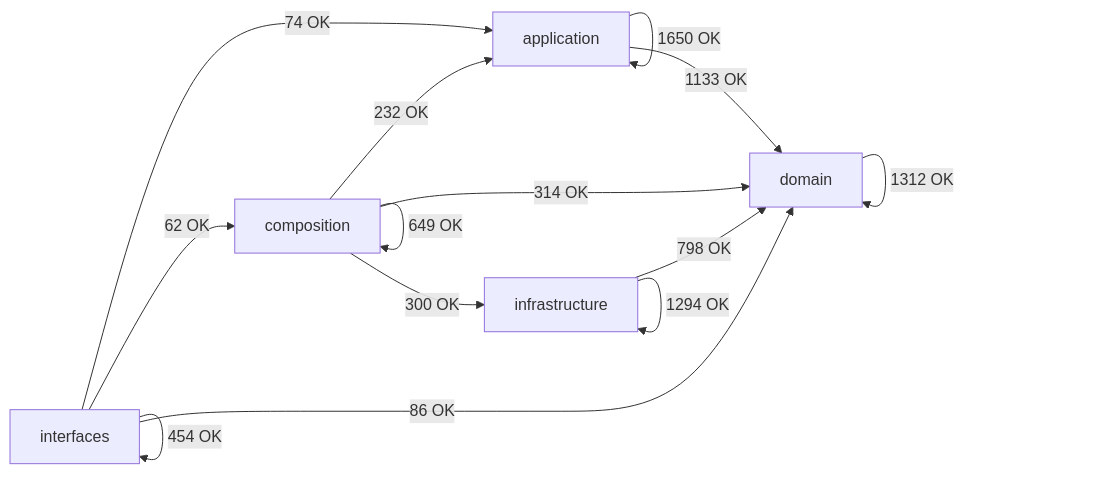
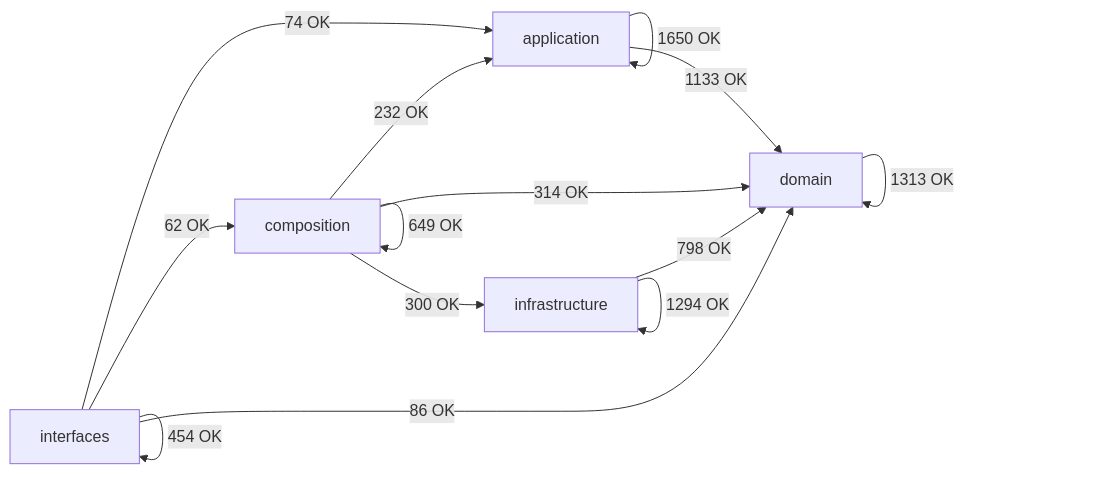
Before and after one commit to SatoryKono/BioactivityDataAcquisition: the diagram in docs/02-architecture/generated/module-dependency-map.md, drawn with Mermaid. The commit also changed other lines of this file and 15 other files, not shown here.

````diff
--- a/docs/02-architecture/generated/module-dependency-map.md
+++ b/docs/02-architecture/generated/module-dependency-map.md
@@ -17,21 +17,21 @@
 ```mermaid
 flowchart LR
     domain[domain]
     application[application]
     infrastructure[infrastructure]
     composition[composition]
     interfaces[interfaces]
     application -->|1650 OK| application
     application -->|1133 OK| domain
     composition -->|232 OK| application
     composition -->|649 OK| composition
     composition -->|314 OK| domain
     composition -->|300 OK| infrastructure
-    domain -->|1312 OK| domain
+    domain -->|1313 OK| domain
     infrastructure -->|798 OK| domain
     infrastructure -->|1294 OK| infrastructure
     interfaces -->|74 OK| application
     interfaces -->|62 OK| composition
     interfaces -->|86 OK| domain
     interfaces -->|454 OK| interfaces
 ```
````
